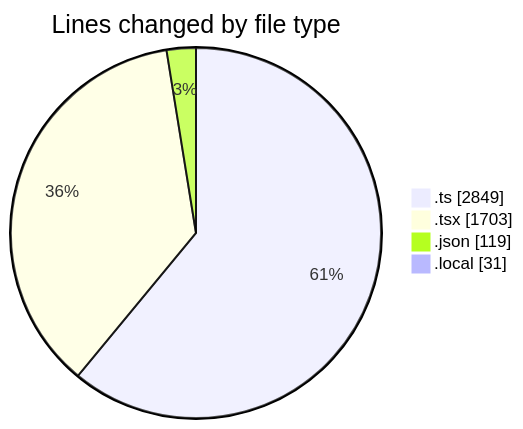
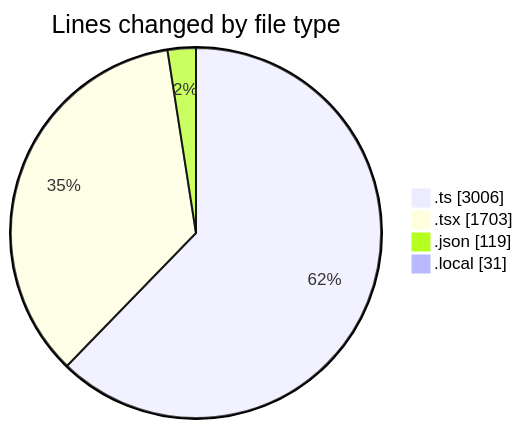
Before and after one commit to julien-gomy/code-tracking: the first of 2 diagrams in 2025-11-10/eventscop-frontend-guide__workspace_/README.md, drawn with Mermaid. The commit also changed other lines of this file and 1 other file, not shown here.

````diff
--- a/2025-11-10/eventscop-frontend-guide__workspace_/README.md
+++ b/2025-11-10/eventscop-frontend-guide__workspace_/README.md
@@ -49,8 +50,8 @@
 ```mermaid
 pie showData
 title Lines changed by file type
-".ts" : 2849
+".ts" : 3006
 ".tsx" : 1703
 ".json" : 119
 ".local" : 31
 ```
````
